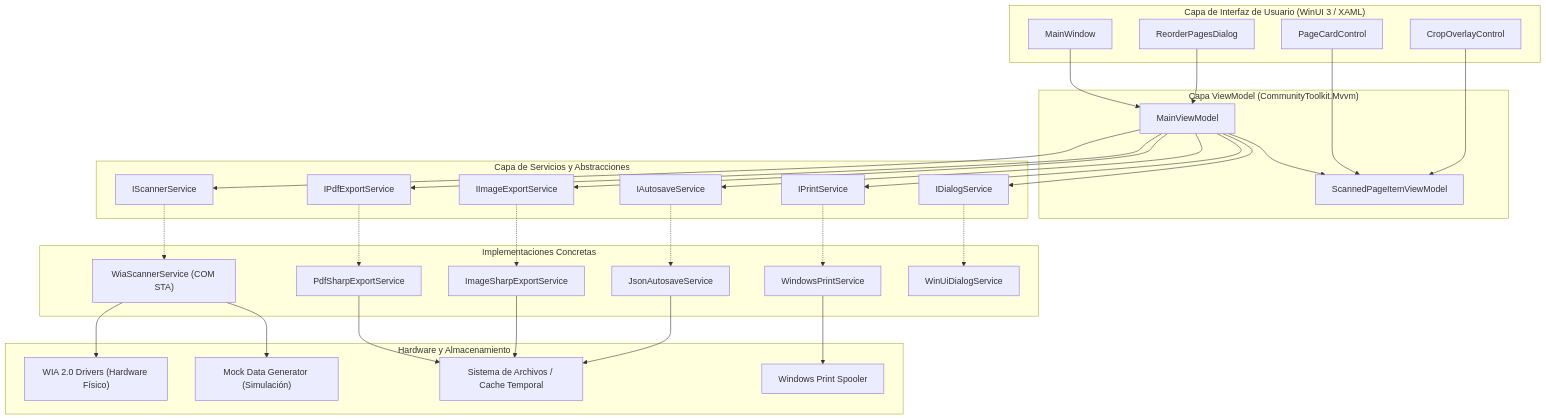
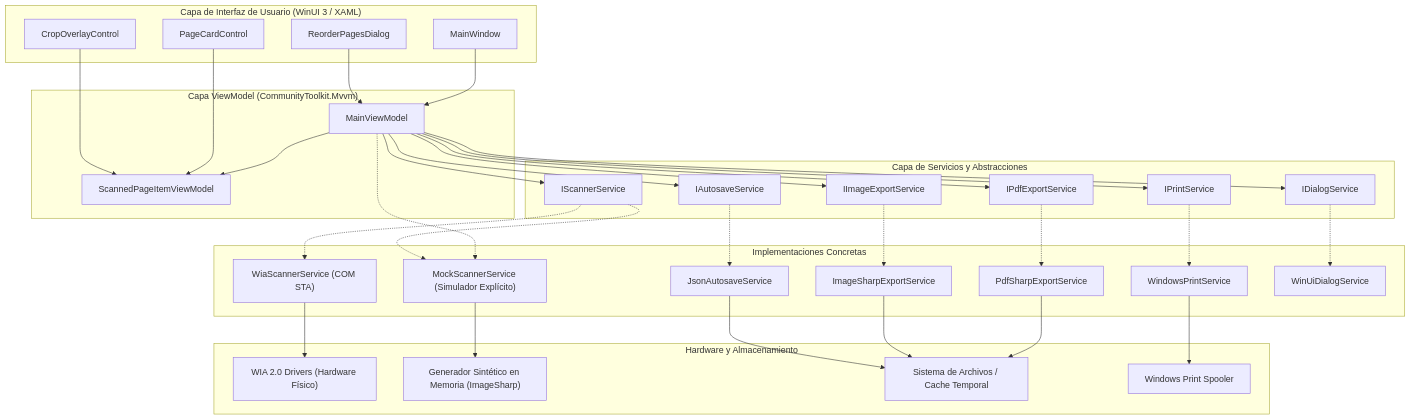
Before and after one commit to ARELL31/Simple-WinScan: the first of 2 diagrams in docs/audit-and-architecture-gnome-comparison.md, drawn with Mermaid. The commit also changed other lines of this file and 12 other files, not shown here.

First line of the commit message:
fix(wia): separar proveedor WIA de simulador y reportar fallos de hardware (#2)

````diff
--- a/docs/audit-and-architecture-gnome-comparison.md
+++ b/docs/audit-and-architecture-gnome-comparison.md
@@ -102,66 +103,69 @@
 ```mermaid
 graph TD
     subgraph UI_Layer ["Capa de Interfaz de Usuario (WinUI 3 / XAML)"]
         MW["MainWindow"]
         PCC["PageCardControl"]
         CRO["CropOverlayControl"]
         RPD["ReorderPagesDialog"]
     end
 
     subgraph VM_Layer ["Capa ViewModel (CommunityToolkit.Mvvm)"]
         MVM["MainViewModel"]
         PIVM["ScannedPageItemViewModel"]
         MVM --> PIVM
     end
 
     subgraph Service_Layer ["Capa de Servicios y Abstracciones"]
         ISS["IScannerService"]
         IPDF["IPdfExportService"]
         IIMG["IImageExportService"]
         IPRT["IPrintService"]
         IAUTO["IAutosaveService"]
         IDLG["IDialogService"]
     end
 
     subgraph Impl_Layer ["Implementaciones Concretas"]
         WIA["WiaScannerService (COM STA)"]
+        MOCK["MockScannerService (Simulador Explícito)"]
         PDFS["PdfSharpExportService"]
         IMGS["ImageSharpExportService"]
         PRTS["WindowsPrintService"]
         AUTOS["JsonAutosaveService"]
         DLGS["WinUiDialogService"]
     end
 
     subgraph Storage_Hardware ["Hardware y Almacenamiento"]
         COM["WIA 2.0 Drivers (Hardware Físico)"]
-        MOCK["Mock Data Generator (Simulación)"]
+        SYNTH["Generador Sintético en Memoria (ImageSharp)"]
         FS["Sistema de Archivos / Cache Temporal"]
         WINPRT["Windows Print Spooler"]
     end
 
     MW --> MVM
     PCC --> PIVM
     CRO --> PIVM
     RPD --> MVM
 
     MVM --> ISS
+    MVM -.-> MOCK
     MVM --> IPDF
     MVM --> IIMG
     MVM --> IPRT
     MVM --> IAUTO
     MVM --> IDLG
 
     ISS -.-> WIA
+    ISS -.-> MOCK
     IPDF -.-> PDFS
     IIMG -.-> IMGS
     IPRT -.-> PRTS
     IAUTO -.-> AUTOS
     IDLG -.-> DLGS
 
     WIA --> COM
-    WIA --> MOCK
+    MOCK --> SYNTH
     PDFS --> FS
     IMGS --> FS
     AUTOS --> FS
     PRTS --> WINPRT
 ```
````
